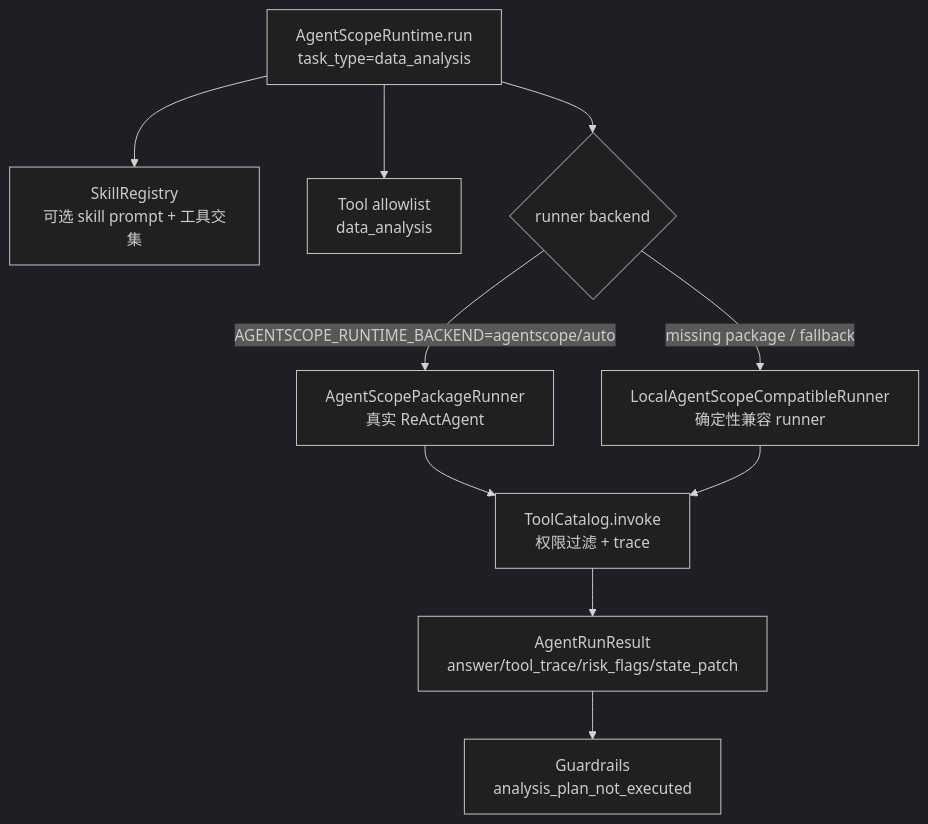
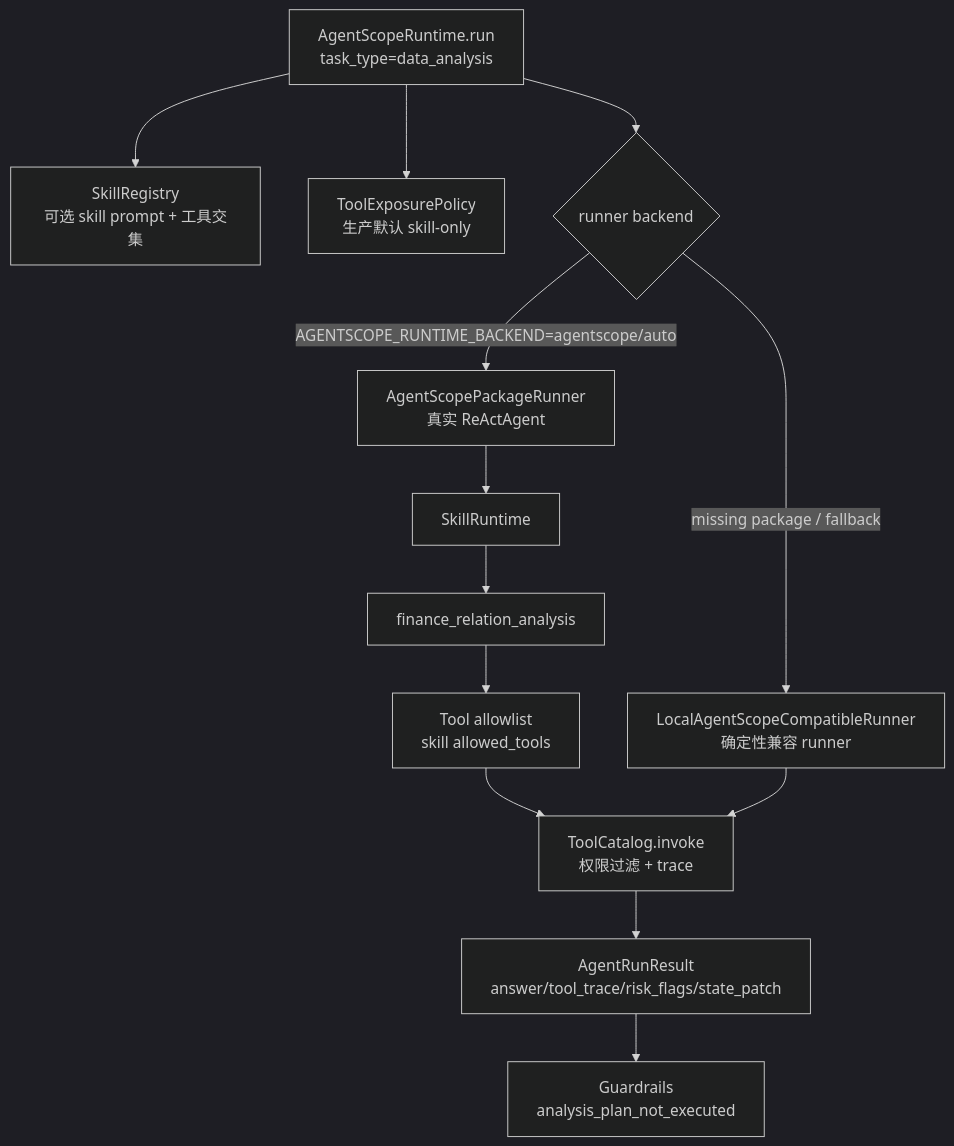
The fourth of 7 diagrams in docs/current_architecture.md (liangyuzhe/financial-copilot-platform), drawn with Mermaid (dark theme) before and after one commit. The commit also changed other lines of this file and 45 other files, not shown here.

Commit message:
Implement skill-based data planner and SQL quality gates

````diff
--- a/docs/current_architecture.md
+++ b/docs/current_architecture.md
@@ -143,22 +148,28 @@
 ```mermaid
 flowchart TD
     Runtime[AgentScopeRuntime.run<br/>task_type=data_analysis]
     Skills[SkillRegistry<br/>可选 skill prompt + 工具交集]
-    Allowlist[Tool allowlist<br/>data_analysis]
+    Exposure[ToolExposurePolicy<br/>生产默认 skill-only]
+    SkillRuntime[SkillRuntime]
+    FinanceSkill[finance_relation_analysis]
+    Allowlist[Tool allowlist<br/>skill allowed_tools]
     Runner{runner backend}
     Real[AgentScopePackageRunner<br/>真实 ReActAgent]
     Local[LocalAgentScopeCompatibleRunner<br/>确定性兼容 runner]
     Tools[ToolCatalog.invoke<br/>权限过滤 + trace]
     Result[AgentRunResult<br/>answer/tool_trace/risk_flags/state_patch]
     Guardrail[Guardrails<br/>analysis_plan_not_executed]
 
     Runtime --> Skills
-    Runtime --> Allowlist
+    Runtime --> Exposure
     Runtime --> Runner
     Runner -->|AGENTSCOPE_RUNTIME_BACKEND=agentscope/auto| Real
     Runner -->|missing package / fallback| Local
-    Real --> Tools
+    Real --> SkillRuntime
+    SkillRuntime --> FinanceSkill
+    FinanceSkill --> Allowlist
+    Allowlist --> Tools
     Local --> Tools
     Tools --> Result
     Result --> Guardrail
 ```
````
